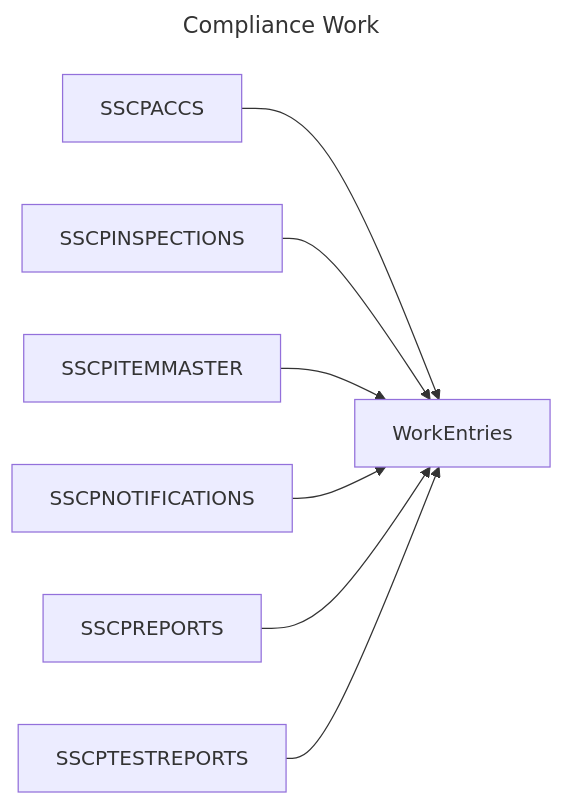
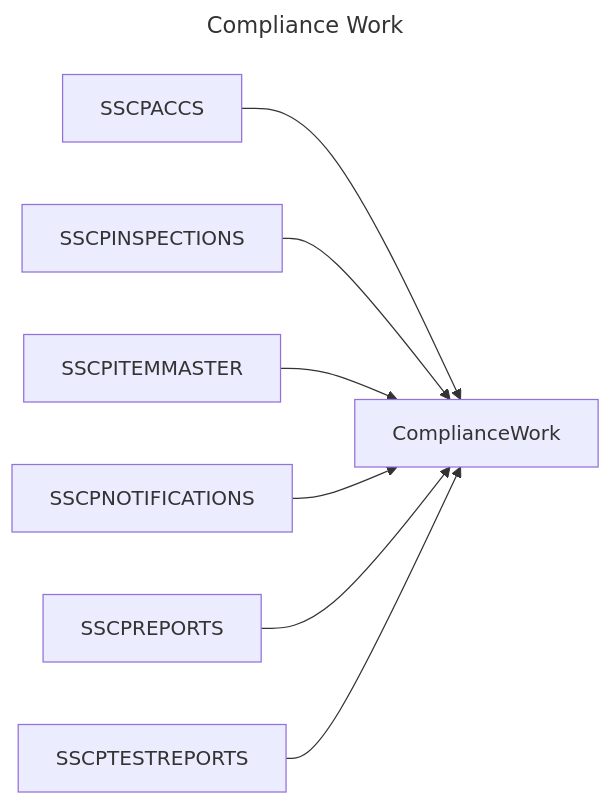
The third of 5 diagrams in data-migration/data-migration-flow.md (gaepdit/air-web), drawn with Mermaid before and after one commit. The commit also changed other lines of this file and 4 other files, not shown here.

````diff
--- a/data-migration/data-migration-flow.md
+++ b/data-migration/data-migration-flow.md
@@ -66,12 +66,12 @@
 ```mermaid
 ---
 title: Compliance Work
 ---
 flowchart LR
-    SSCPACCS --> WorkEntries
-    SSCPINSPECTIONS --> WorkEntries
-    SSCPITEMMASTER --> WorkEntries
-    SSCPNOTIFICATIONS --> WorkEntries
-    SSCPREPORTS --> WorkEntries
-    SSCPTESTREPORTS --> WorkEntries
+    SSCPACCS --> ComplianceWork
+    SSCPINSPECTIONS --> ComplianceWork
+    SSCPITEMMASTER --> ComplianceWork
+    SSCPNOTIFICATIONS --> ComplianceWork
+    SSCPREPORTS --> ComplianceWork
+    SSCPTESTREPORTS --> ComplianceWork
 ```
````
